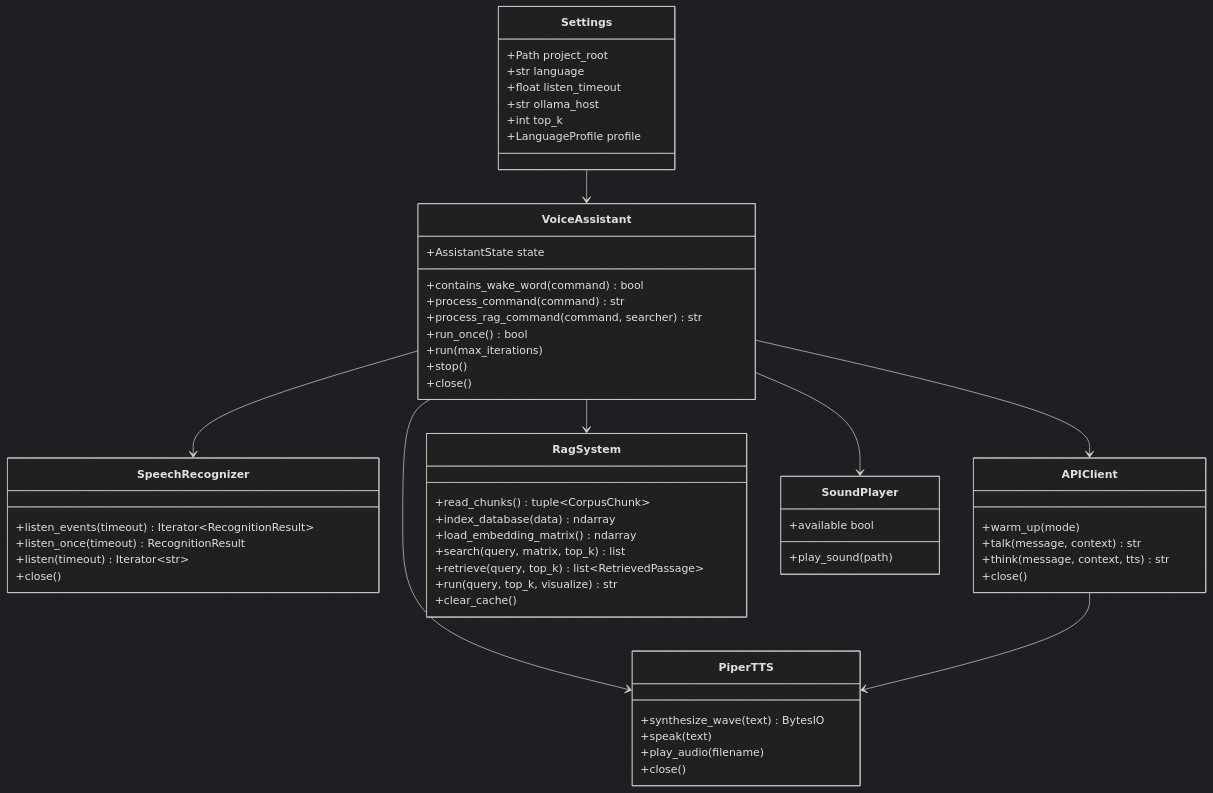
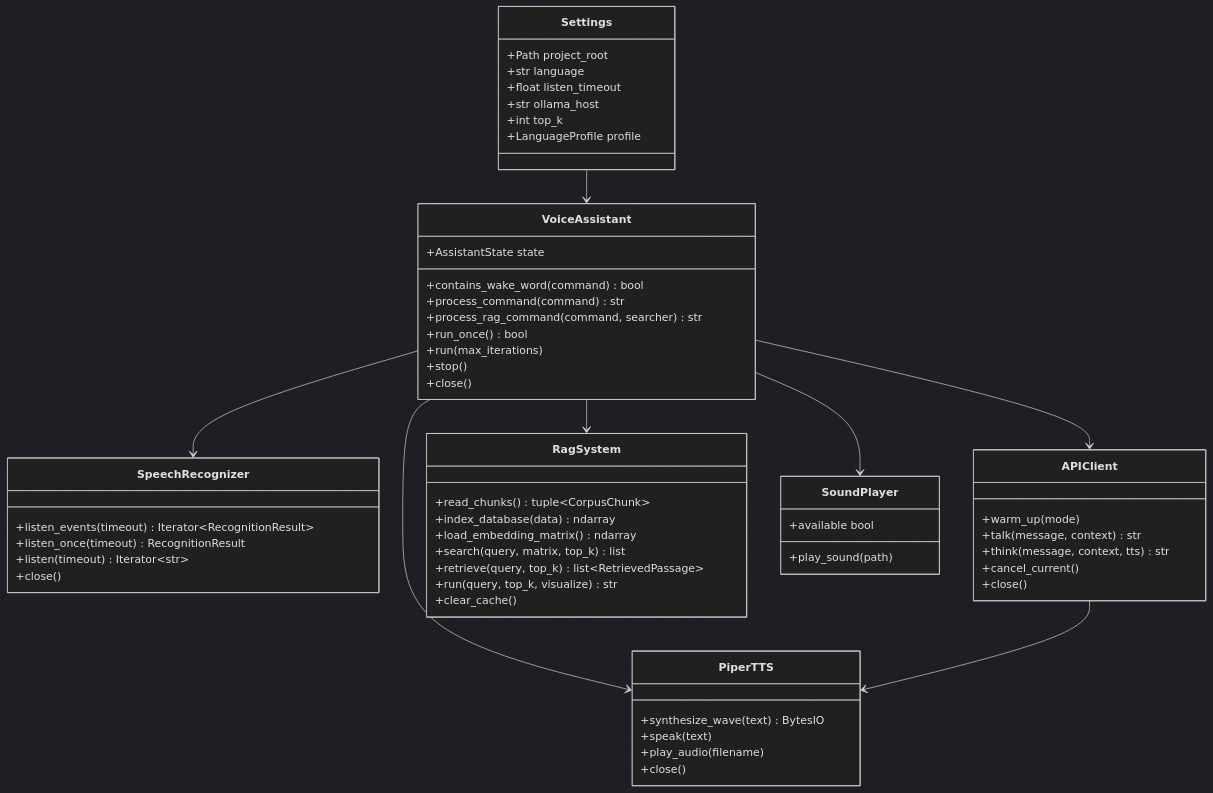
The second of 5 diagrams in README.md (UbiquitousDynamics/helios-ai-jetson-framework), drawn with Mermaid (dark theme) before and after one commit. The commit also changed 6 other files, not shown here.

````diff
--- a/README.md
+++ b/README.md
@@ -173,66 +173,67 @@
 ```mermaid
 classDiagram
     class Settings {
         +Path project_root
         +str language
         +float listen_timeout
         +str ollama_host
         +int top_k
         +LanguageProfile profile
     }
 
     class VoiceAssistant {
         +AssistantState state
         +contains_wake_word(command) bool
         +process_command(command) str
         +process_rag_command(command, searcher) str
         +run_once() bool
         +run(max_iterations)
         +stop()
         +close()
     }
 
     class SpeechRecognizer {
         +listen_events(timeout) Iterator~RecognitionResult~
         +listen_once(timeout) RecognitionResult
         +listen(timeout) Iterator~str~
         +close()
     }
 
     class APIClient {
         +warm_up(mode)
         +talk(message, context) str
         +think(message, context, tts) str
+        +cancel_current()
         +close()
     }
 
     class RagSystem {
         +read_chunks() tuple~CorpusChunk~
         +index_database(data) ndarray
         +load_embedding_matrix() ndarray
         +search(query, matrix, top_k) list
         +retrieve(query, top_k) list~RetrievedPassage~
         +run(query, top_k, visualize) str
         +clear_cache()
     }
 
     class PiperTTS {
         +synthesize_wave(text) BytesIO
         +speak(text)
         +play_audio(filename)
         +close()
     }
 
     class SoundPlayer {
         +available bool
         +play_sound(path)
     }
 
     Settings --> VoiceAssistant
     VoiceAssistant --> SpeechRecognizer
     VoiceAssistant --> APIClient
     VoiceAssistant --> RagSystem
     VoiceAssistant --> PiperTTS
     VoiceAssistant --> SoundPlayer
     APIClient --> PiperTTS
 ```
````
